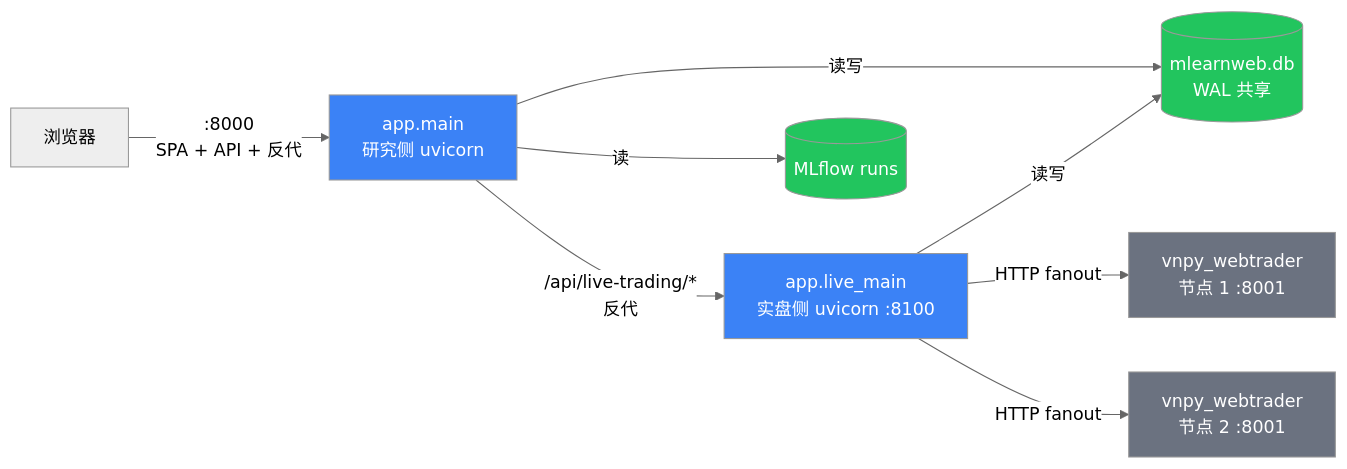
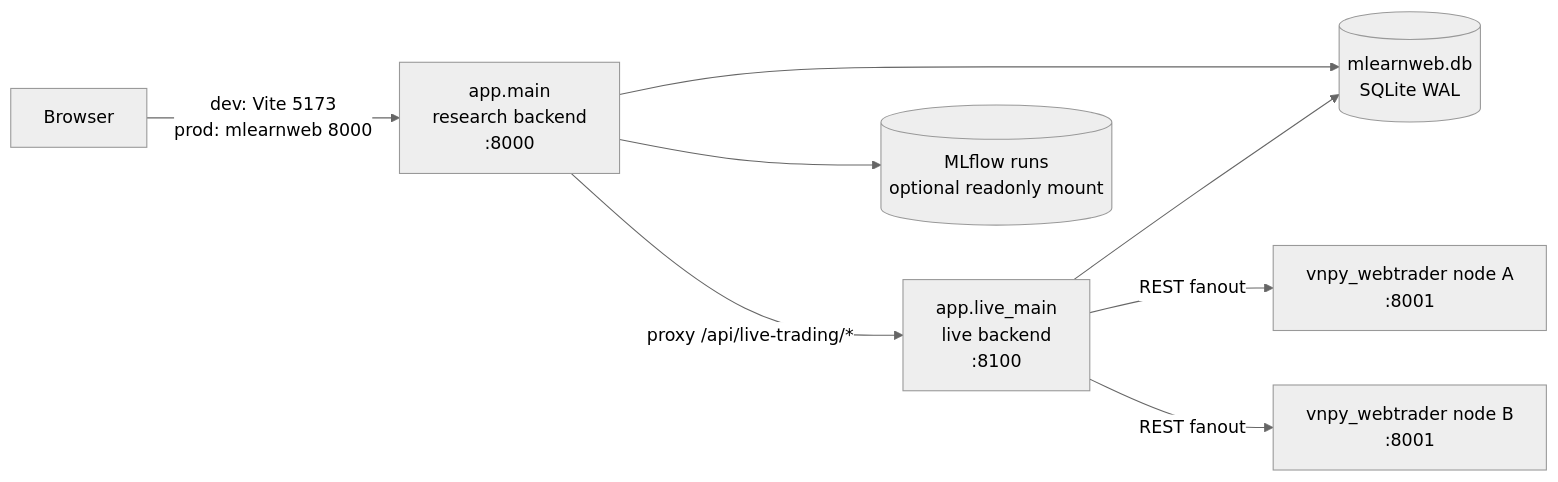
One commit to xiaospica/mlearnweb changed the diagram in README.md. Above: the diagram before and after it, drawn with Mermaid (neutral theme). The commit also changed other lines of this file, not shown here.

First line of the commit message:
docs(mlearnweb): 完善 README 安装运行与部署说明

````diff
--- a/README.md
+++ b/README.md
@@ -9,16 +21,10 @@
 ```mermaid
 flowchart LR
-    classDef proc fill:#3b82f6,color:#fff
-    classDef store fill:#22c55e,color:#fff
-    classDef ext fill:#6b7280,color:#fff
-
-    Browser[浏览器] -->|:8000<br/>SPA + API + 反代| MainProc[app.main<br/>研究侧 uvicorn]:::proc
-    MainProc -->|/api/live-trading/*<br/>反代| LiveProc[app.live_main<br/>实盘侧 uvicorn :8100]:::proc
-
-    MainProc -->|读| MLruns[(MLflow runs)]:::store
-    MainProc -->|读写| SQLite[(mlearnweb.db<br/>WAL 共享)]:::store
-    LiveProc -->|读写| SQLite
-
-    LiveProc -->|HTTP fanout| Vnpy1[vnpy_webtrader<br/>节点 1 :8001]:::ext
-    LiveProc -->|HTTP fanout| Vnpy2[vnpy_webtrader<br/>节点 2 :8001]:::ext
+    Browser["Browser"] -->|"dev: Vite 5173<br/>prod: mlearnweb 8000"| Research["app.main<br/>research backend<br/>:8000"]
+    Research -->|"proxy /api/live-trading/*"| Live["app.live_main<br/>live backend<br/>:8100"]
+    Research --> SQLite[("mlearnweb.db<br/>SQLite WAL")]
+    Live --> SQLite
+    Research --> MLRuns[("MLflow runs<br/>optional readonly mount")]
+    Live -->|"REST fanout"| Node1["vnpy_webtrader node A<br/>:8001"]
+    Live -->|"REST fanout"| Node2["vnpy_webtrader node B<br/>:8001"]
 ```
````
